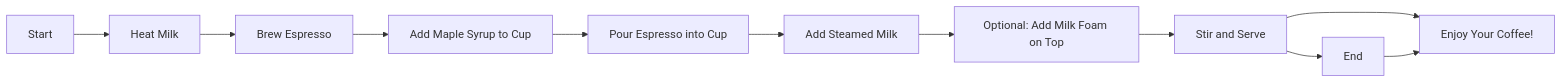
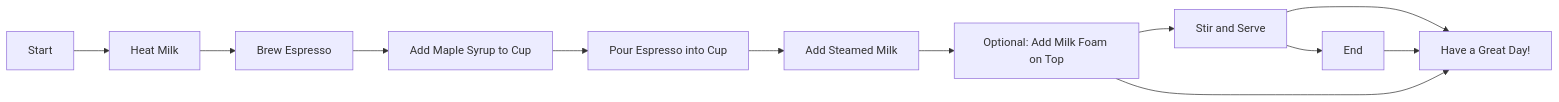
One commit to akshatha1710/github-mermaid-demo changed the diagram in docs/coffee.mmd. Above: the diagram before and after it, drawn with Mermaid.

Commit message:
Demo: update coffee diagram

```diff
--- a/docs/coffee.mmd
+++ b/docs/coffee.mmd
@@ -1,11 +1,12 @@
 flowchart LR
     A["Start"] --> B["Heat Milk"]
     B --> C["Brew Espresso"]
     C --> D["Add Maple Syrup to Cup"]
     D --> E["Pour Espresso into Cup"]
     E --> F["Add Steamed Milk"]
     F --> G["Optional: Add Milk Foam on Top"]
     G --> H["Stir and Serve"]
     H --> I["End"]
     H --> J["Enjoy Your Coffee!"]
     I --> J
+    G --> J[Have a Great Day!]
```
